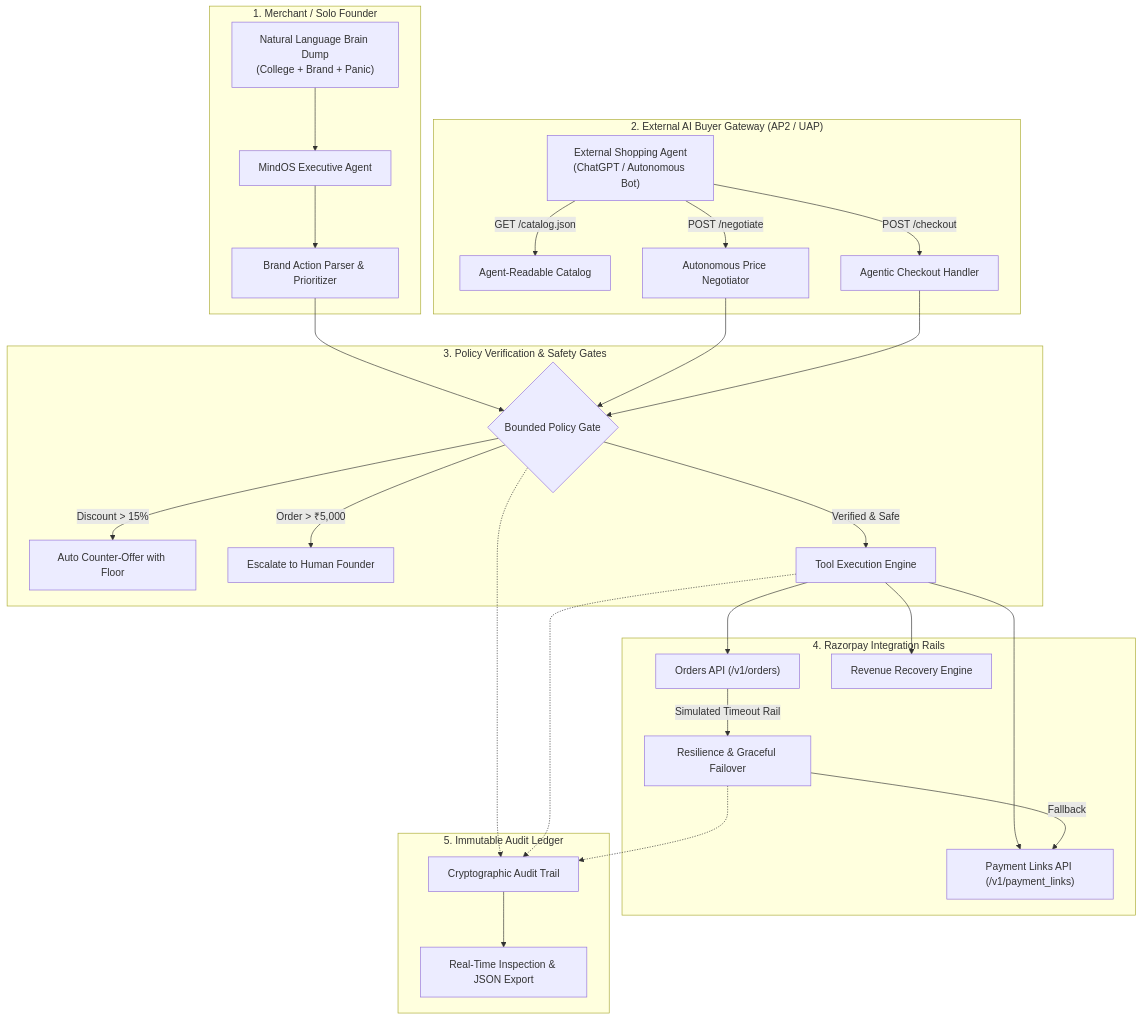
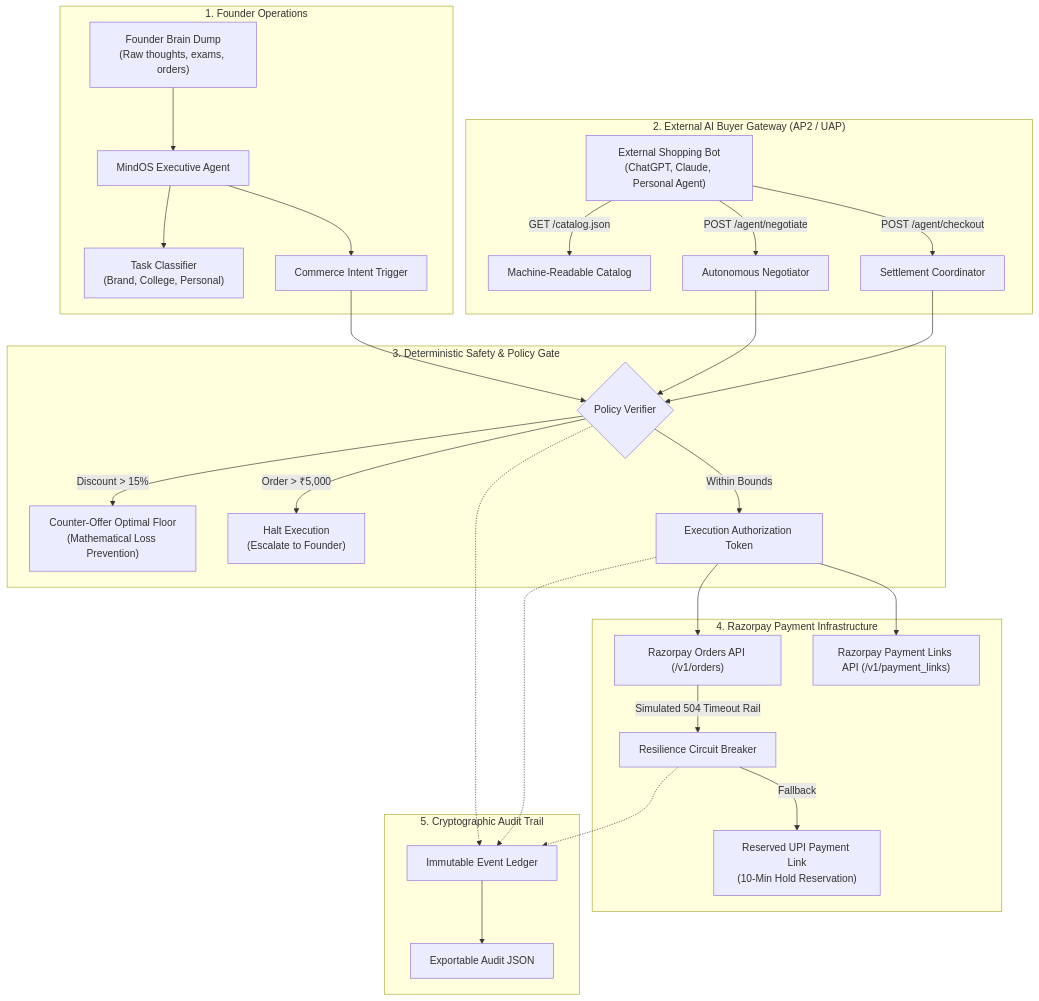
Before and after one commit to Dia-Garg/MindOS: the diagram in README.md, drawn with Mermaid. The commit also changed other lines of this file and 1 other file, not shown here.

Commit message:
docs: finalize production-grade README and MIT license for Razorpay Buildathon

````diff
--- a/README.md
+++ b/README.md
@@ -38,37 +72,37 @@
 ```mermaid
 flowchart TD
-    subgraph MerchantInput ["1. Merchant / Solo Founder"]
-        A["Natural Language Brain Dump\n(College + Brand + Panic)"] --> B["MindOS Executive Agent"]
-        B --> C["Brand Action Parser & Prioritizer"]
+    subgraph InputLayer ["1. Founder Operations"]
+        A["Founder Brain Dump\n(Raw thoughts, exams, orders)"] --> B["MindOS Executive Agent"]
+        B --> C["Task Classifier\n(Brand, College, Personal)"]
+        B --> D["Commerce Intent Trigger"]
     end
 
-    subgraph AIProtocol ["2. External AI Buyer Gateway (AP2 / UAP)"]
-        D["External Shopping Agent\n(ChatGPT / Autonomous Bot)"] -->|GET /catalog.json| E["Agent-Readable Catalog"]
-        D -->|POST /negotiate| F["Autonomous Price Negotiator"]
-        D -->|POST /checkout| G["Agentic Checkout Handler"]
+    subgraph AgenticProtocol ["2. External AI Buyer Gateway (AP2 / UAP)"]
+        E["External Shopping Bot\n(ChatGPT, Claude, Personal Agent)"] -->|GET /catalog.json| F["Machine-Readable Catalog"]
+        E -->|POST /agent/negotiate| G["Autonomous Negotiator"]
+        E -->|POST /agent/checkout| H["Settlement Coordinator"]
     end
 
-    subgraph GuardrailLayer ["3. Policy Verification & Safety Gates"]
-        C --> H{"Bounded Policy Gate"}
-        F --> H
-        G --> H
-        H -->|Discount > 15%| I["Auto Counter-Offer with Floor"]
-        H -->|Order > ₹5,000| J["Escalate to Human Founder"]
-        H -->|Verified & Safe| K["Tool Execution Engine"]
+    subgraph PolicyEngine ["3. Deterministic Safety & Policy Gate"]
+        D --> I{"Policy Verifier"}
+        G --> I
+        H --> I
+        I -->|Discount > 15%| J["Counter-Offer Optimal Floor\n(Mathematical Loss Prevention)"]
+        I -->|Order > ₹5,000| K["Halt Execution\n(Escalate to Founder)"]
+        I -->|Within Bounds| L["Execution Authorization Token"]
     end
 
-    subgraph RazorpayLayer ["4. Razorpay Integration Rails"]
-        K --> L["Orders API (/v1/orders)"]
-        K --> M["Payment Links API (/v1/payment_links)"]
-        K --> N["Revenue Recovery Engine"]
-        L -->|Simulated Timeout Rail| O["Resilience & Graceful Failover"]
-        O -->|Fallback| M
+    subgraph RazorpayRails ["4. Razorpay Payment Infrastructure"]
+        L --> M["Razorpay Orders API (/v1/orders)"]
+        L --> N["Razorpay Payment Links API (/v1/payment_links)"]
+        M -->|Simulated 504 Timeout Rail| O["Resilience Circuit Breaker"]
+        O -->|Fallback| P["Reserved UPI Payment Link\n(10-Min Hold Reservation)"]
     end
 
-    subgraph AuditLayer ["5. Immutable Audit Ledger"]
-        H -.-> P["Cryptographic Audit Trail"]
-        K -.-> P
-        O -.-> P
-        P --> Q["Real-Time Inspection & JSON Export"]
+    subgraph AuditLedger ["5. Cryptographic Audit Trail"]
+        I -.-> Q["Immutable Event Ledger"]
+        L -.-> Q
+        O -.-> Q
+        Q --> R["Exportable Audit JSON"]
     end
 ```
````
